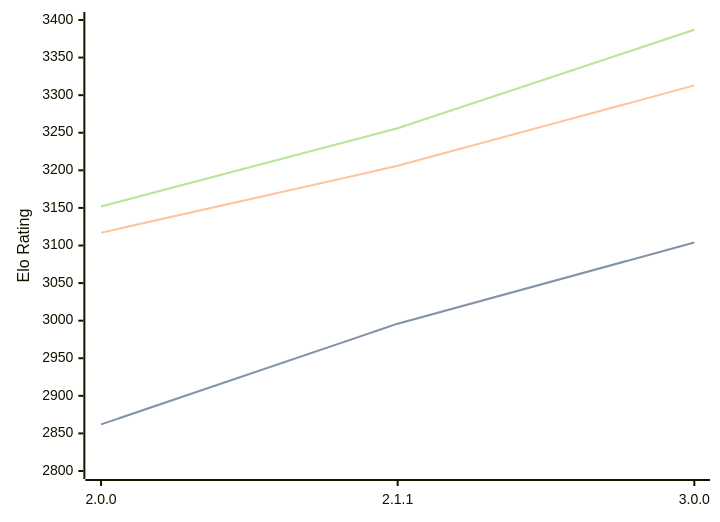
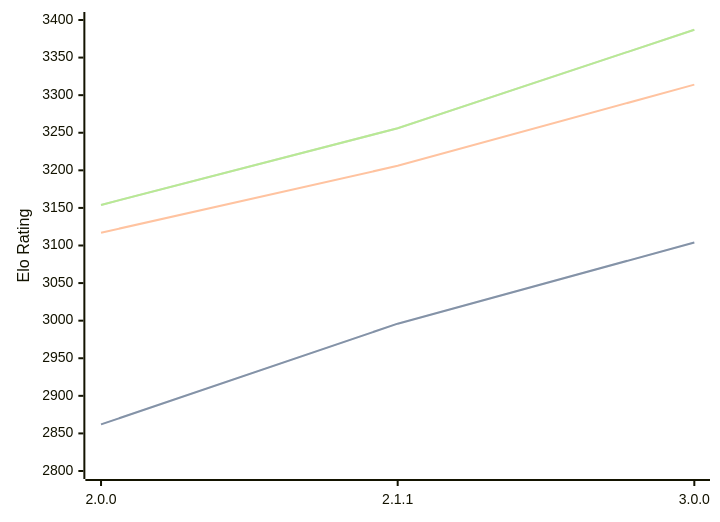
Before and after one commit to computer-chess-index/cci: the diagram in engines/Bread.md, drawn with Mermaid. The commit also changed other lines of this file, not shown here.

Commit message:
Update CCI Ratings (ELO VLTC) - 2026-09-01

````diff
--- a/engines/Bread.md
+++ b/engines/Bread.md
@@ -36,11 +36,11 @@
 ```mermaid
 %%{init: {"theme":"base","themeVariables":{"seriesColors:['#a3a3a3','#222221','#faa371']}}}%%
 xychart-beta
   x-axis ["2.0.0", "2.1.1", "3.0.0"]
   y-axis "Elo Rating" 2800 --> 3400
   line "" [2862, 2996, 3104]
   line "STC (8.0+0.08s)" [2862, 2996, 3104]
-  line "LTC (60.0+0.60s)" [3117, 3206, 3313]
-  line "" [3152, 3256, 3387]
-  line "VLTC (2m24s+1.12s)" [3152, 3256, 3387]
+  line "LTC (60.0+0.60s)" [3117, 3206, 3314]
+  line "" [3154, 3256, 3387]
+  line "VLTC (2m24s+1.12s)" [3154, 3256, 3387]
 ```
````
